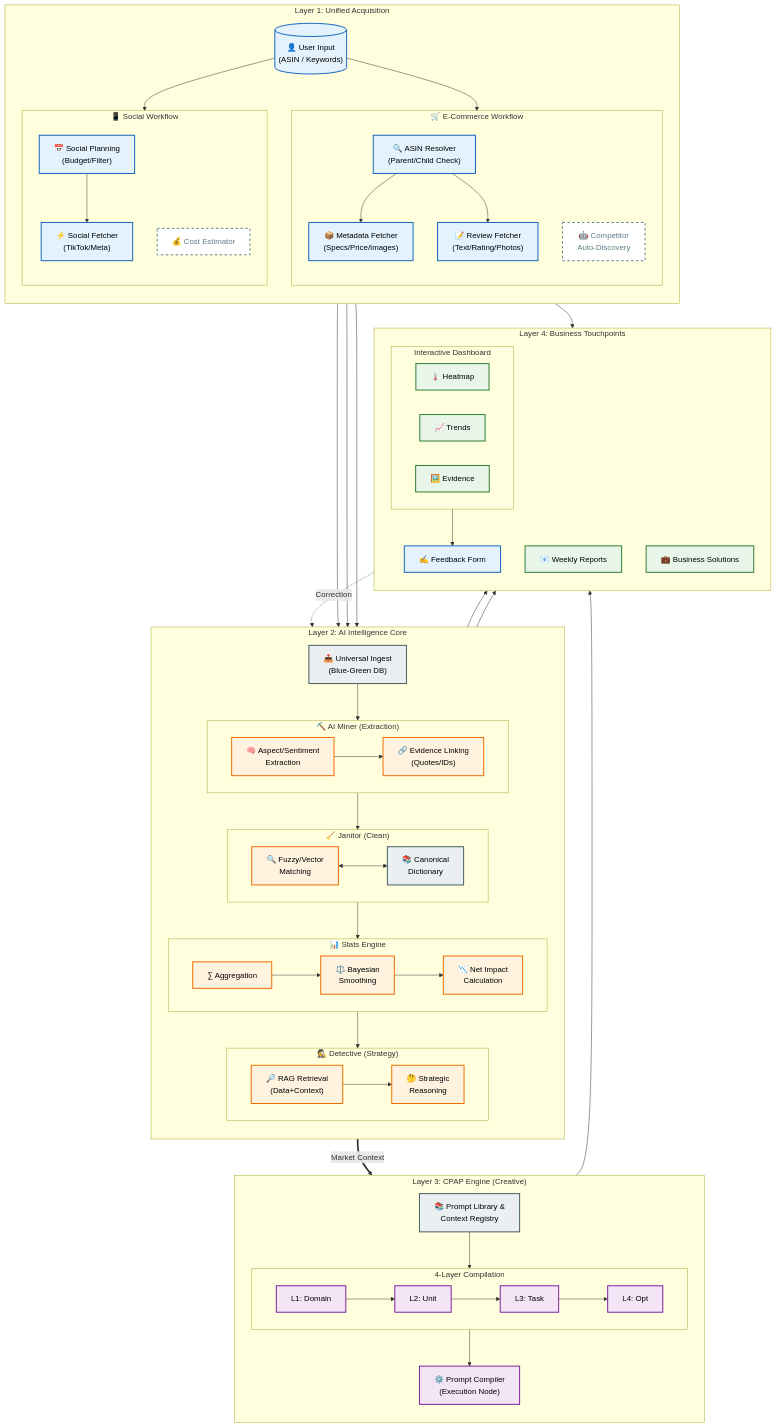
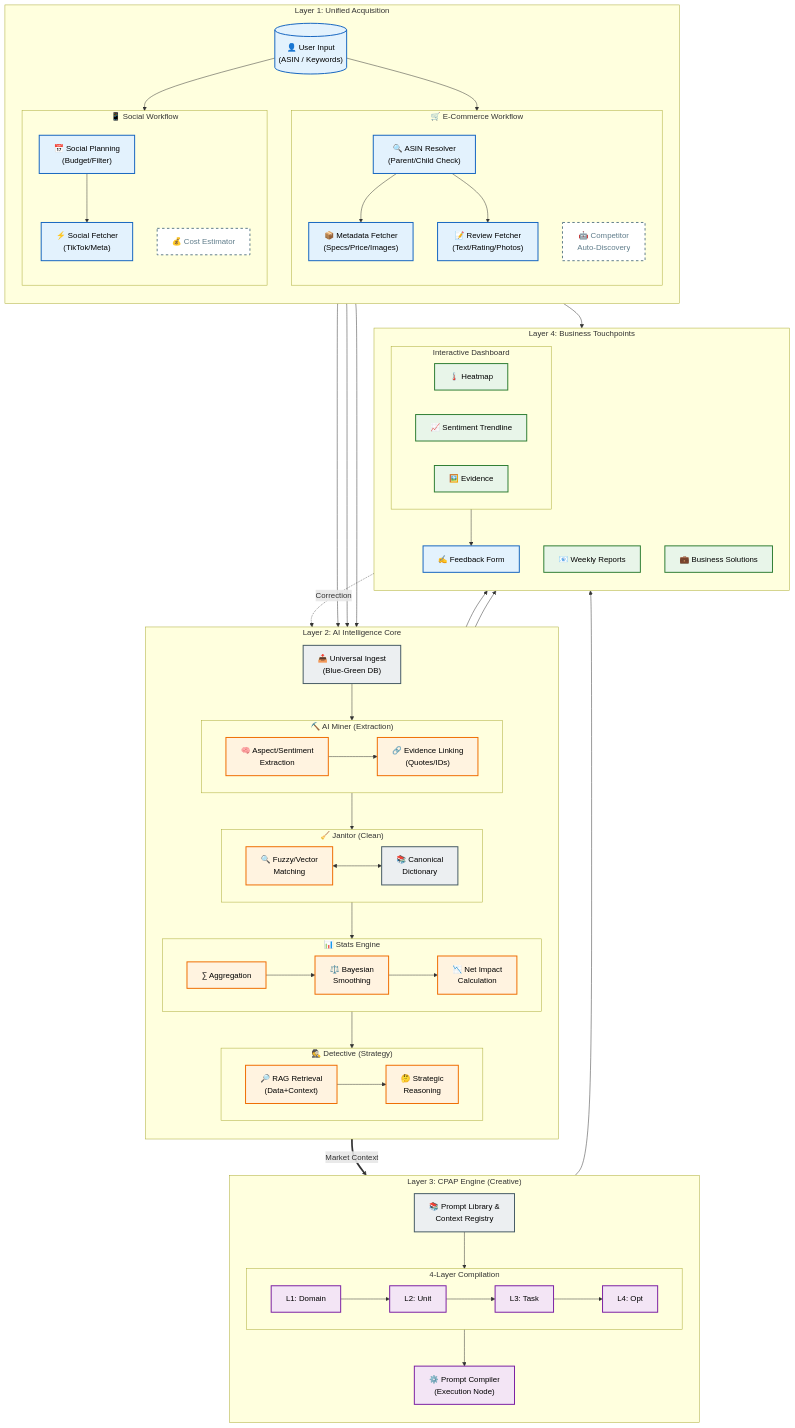
Before and after one commit to Daniel-LeTC/AI_market_intel_platform: the second of 5 diagrams in docs/ECOSYSTEM_NODES_MAP.md, drawn with Mermaid. The commit also changed other lines of this file, not shown here.

Commit message:
docs: finalize AI Ecosystem Map with Interactive R&D Console and detailed Architect/Engineer views

```diff
--- a/docs/ECOSYSTEM_NODES_MAP.md
+++ b/docs/ECOSYSTEM_NODES_MAP.md
@@ -142,7 +142,7 @@
         subgraph DASHBOARD ["Interactive Dashboard"]
             direction LR
             UI_Heatmap["🌡️ Heatmap"]:::output
-            UI_Trend["📈 Trends"]:::output
+            UI_Trend["📈 Sentiment Trendline"]:::output
             UI_Gallery["🖼️ Evidence"]:::output
         end
         UI_Mail["📧 Weekly Reports"]:::output
```
